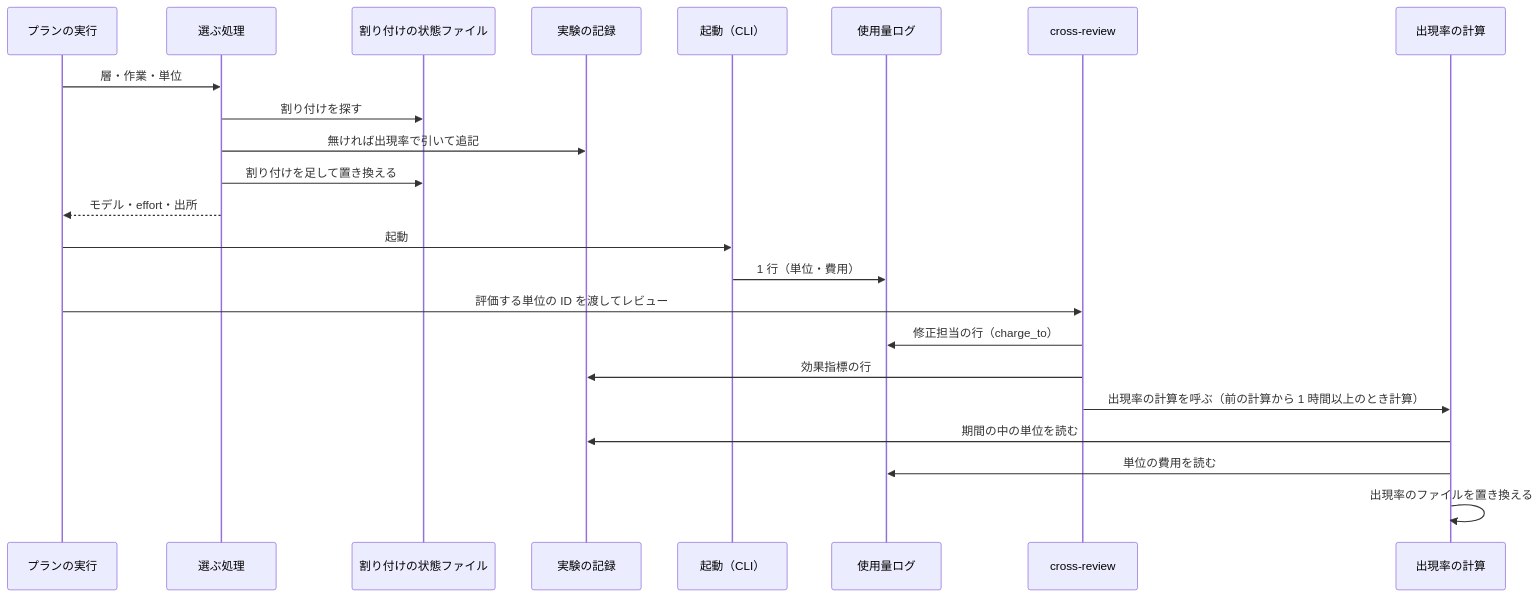
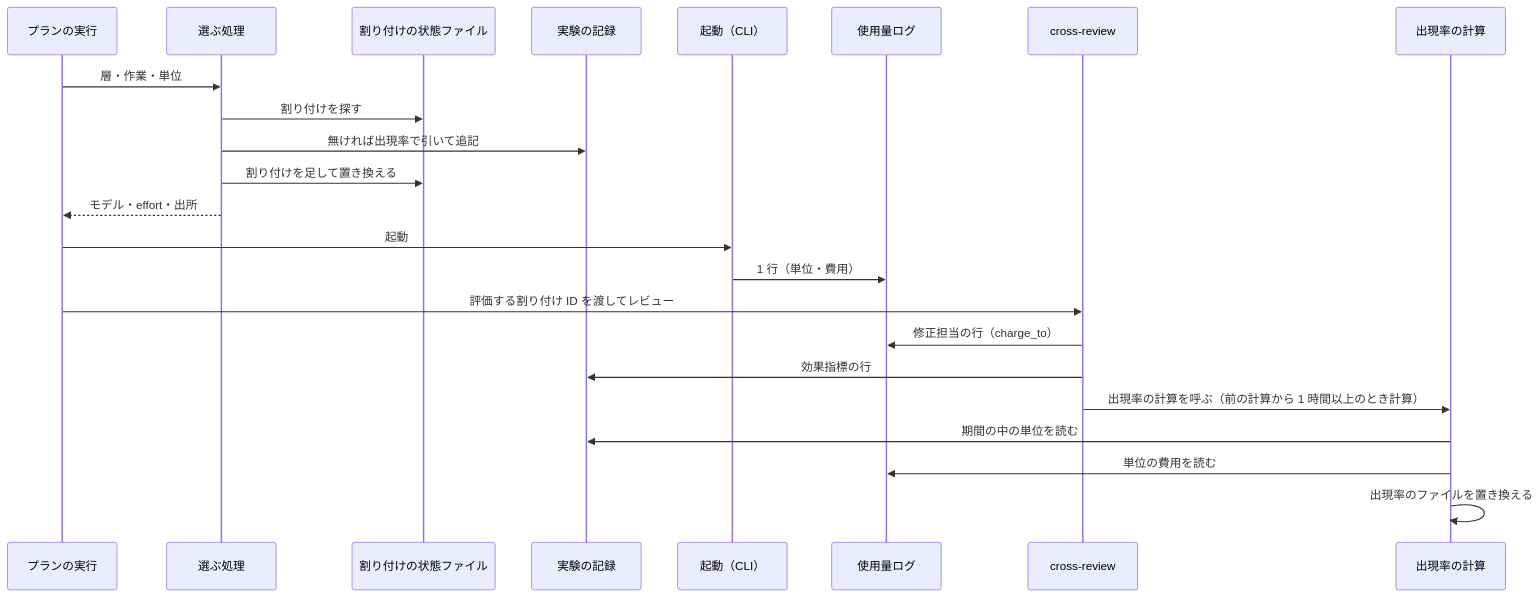
Before and after one commit to devbasex/ai-plugins: the fifth of 5 diagrams in issues/issue-2944-design.md, drawn with Mermaid. The commit also changed other lines of this file, not shown here.

````diff
--- a/issues/issue-2944-design.md
+++ b/issues/issue-2944-design.md
@@ -677,25 +698,25 @@
 ```mermaid
 sequenceDiagram
     participant R as プランの実行
     participant S as 選ぶ処理
     participant Q as 割り付けの状態ファイル
     participant X as 実験の記録
     participant C as 起動（CLI）
     participant U as 使用量ログ
     participant V as cross-review
     participant B as 出現率の計算
     R->>S: 層・作業・単位
     S->>Q: 割り付けを探す
     S->>X: 無ければ出現率で引いて追記
     S->>Q: 割り付けを足して置き換える
     S-->>R: モデル・effort・出所
     R->>C: 起動
     C->>U: 1 行（単位・費用）
-    R->>V: 評価する単位の ID を渡してレビュー
+    R->>V: 評価する割り付け ID を渡してレビュー
     V->>U: 修正担当の行（charge_to）
     V->>X: 効果指標の行
     V->>B: 出現率の計算を呼ぶ（前の計算から 1 時間以上のとき計算）
     B->>X: 期間の中の単位を読む
     B->>U: 単位の費用を読む
     B->>B: 出現率のファイルを置き換える
 ```
````
